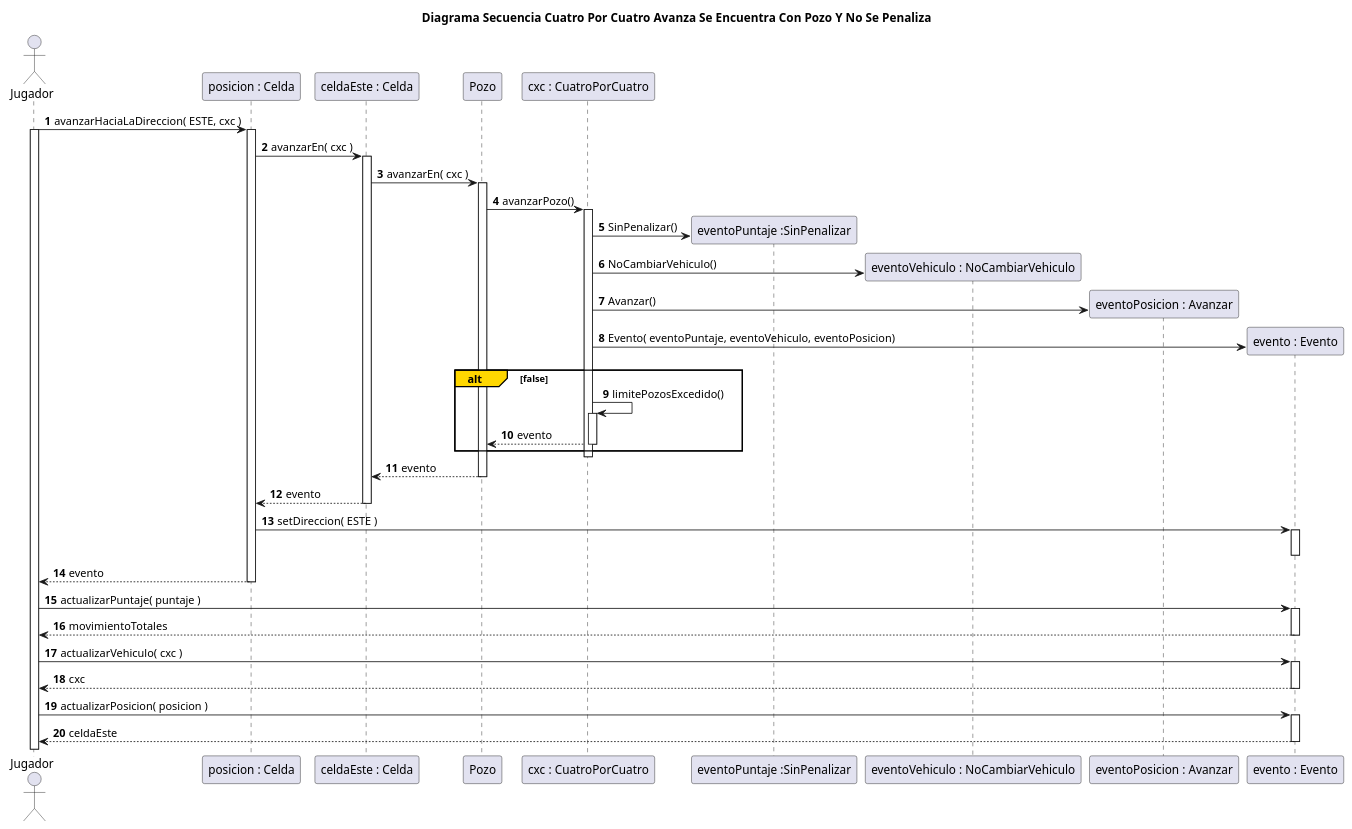
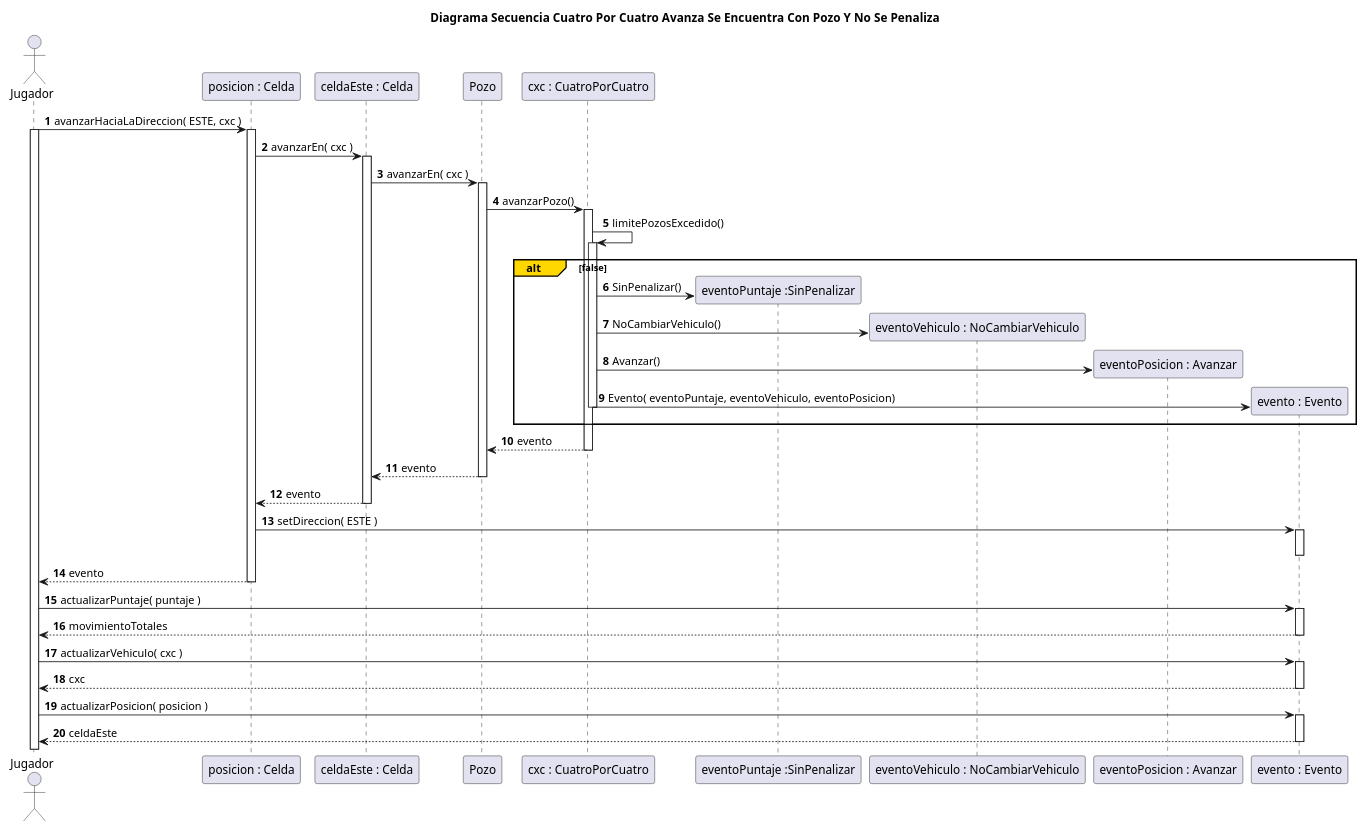
The diagram in diagrams/sequences/entrega1/actualizados/DiagramaSecuenciaCasoConPozoEnCuatroPorCuatro.puml (rodrigovzq/algo3_tp2), drawn with PlantUML before and after one commit. The commit also changed 1 other file, not shown here.

```diff
--- a/diagrams/sequences/entrega1/actualizados/DiagramaSecuenciaCasoConPozoEnCuatroPorCuatro.puml
+++ b/diagrams/sequences/entrega1/actualizados/DiagramaSecuenciaCasoConPozoEnCuatroPorCuatro.puml
@@ -1,62 +1,62 @@
 @startuml
 title Diagrama Secuencia Cuatro Por Cuatro Avanza Se Encuentra Con Pozo Y No Se Penaliza
 
 
 autonumber
 
 actor Jugador
 
 Jugador -> "posicion : Celda"++: avanzarHaciaLaDireccion( ESTE, cxc )
 
 activate Jugador
 "posicion : Celda" -> "celdaEste : Celda"++: avanzarEn( cxc )
 
 
 "celdaEste : Celda" -> Pozo++: avanzarEn( cxc )
 Pozo -> "cxc : CuatroPorCuatro"++: avanzarPozo()
 
-create "eventoPuntaje :SinPenalizar"
-"cxc : CuatroPorCuatro"-> "eventoPuntaje :SinPenalizar": SinPenalizar()
-
-create "eventoVehiculo : NoCambiarVehiculo"
-"cxc : CuatroPorCuatro"-> "eventoVehiculo : NoCambiarVehiculo": NoCambiarVehiculo()
-
-create "eventoPosicion : Avanzar"
-"cxc : CuatroPorCuatro"-> "eventoPosicion : Avanzar": Avanzar()
-
-create "evento : Evento"
-"cxc : CuatroPorCuatro"  -> "evento : Evento": Evento( eventoPuntaje, eventoVehiculo, eventoPosicion)
 
 
+"cxc : CuatroPorCuatro" -> "cxc : CuatroPorCuatro"++: limitePozosExcedido()
+alt#Gold   false
+    create "eventoPuntaje :SinPenalizar"
+    "cxc : CuatroPorCuatro"-> "eventoPuntaje :SinPenalizar": SinPenalizar()
 
-alt#Gold   false
-    "cxc : CuatroPorCuatro" -> "cxc : CuatroPorCuatro"++: limitePozosExcedido()
-    "cxc : CuatroPorCuatro" --> Pozo: evento
+    create "eventoVehiculo : NoCambiarVehiculo"
+    "cxc : CuatroPorCuatro"-> "eventoVehiculo : NoCambiarVehiculo": NoCambiarVehiculo()
+
+    create "eventoPosicion : Avanzar"
+    "cxc : CuatroPorCuatro"-> "eventoPosicion : Avanzar": Avanzar()
+
+    create "evento : Evento"
+    "cxc : CuatroPorCuatro"  -> "evento : Evento": Evento( eventoPuntaje, eventoVehiculo, eventoPosicion)
+
     deactivate "cxc : CuatroPorCuatro"
 end
 
+"cxc : CuatroPorCuatro" --> Pozo: evento
 
 
 deactivate "cxc : CuatroPorCuatro"
 
 Pozo --> "celdaEste : Celda": evento
 deactivate Pozo
 
 
 "celdaEste : Celda" --> "posicion : Celda": evento
 deactivate "celdaEste : Celda"
 
 "posicion : Celda" -> "evento : Evento"++: setDireccion( ESTE )
 deactivate "evento : Evento"
 "posicion : Celda" --> Jugador--: evento
 
 
 Jugador -> "evento : Evento"++: actualizarPuntaje( puntaje )
 Jugador <-- "evento : Evento"--: movimientoTotales
 
 Jugador -> "evento : Evento"++: actualizarVehiculo( cxc )
 Jugador <-- "evento : Evento"--: cxc
 
 Jugador -> "evento : Evento"++: actualizarPosicion( posicion )
 Jugador <-- "evento : Evento"--: celdaEste
 @enduml
```
